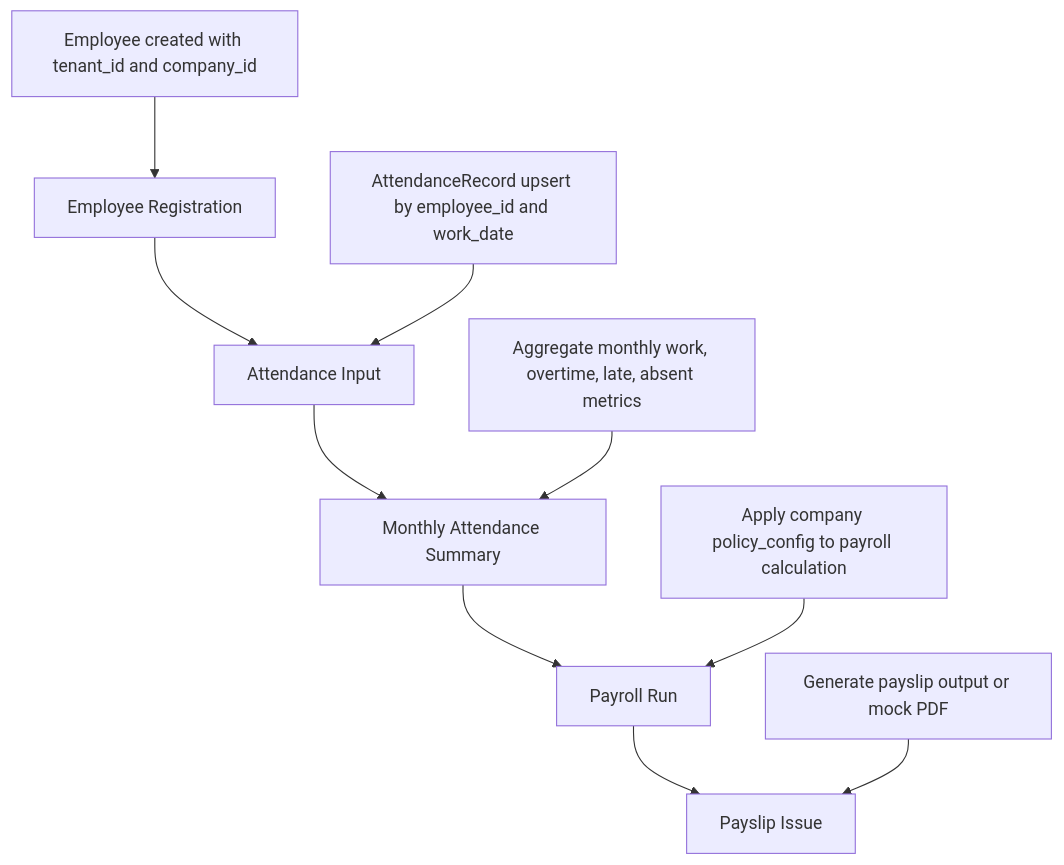
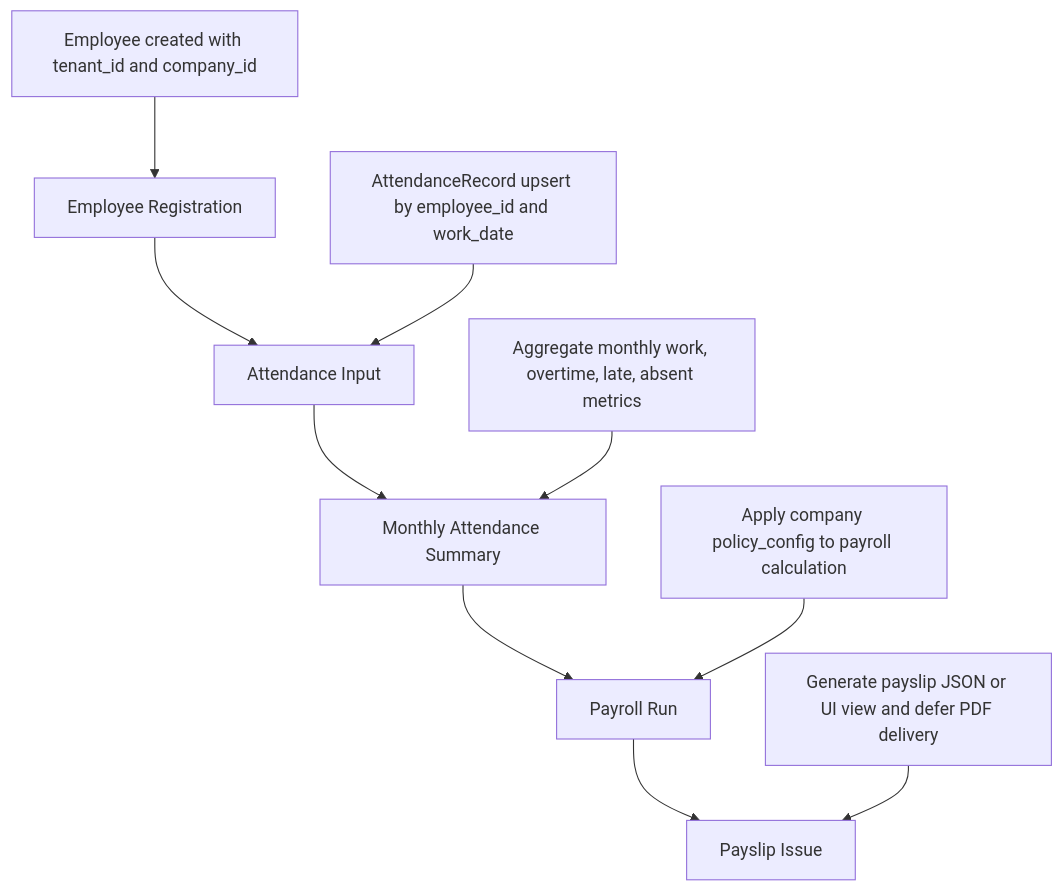
Before and after one commit to taennykim/hcm-project-template: the diagram in docs/domain/workflow-model.md, drawn with Mermaid. The commit also changed other lines of this file and 4 other files, not shown here.

````diff
--- a/docs/domain/workflow-model.md
+++ b/docs/domain/workflow-model.md
@@ -29,13 +29,13 @@
 ```mermaid
 flowchart TD
     A[Employee Registration] --> B[Attendance Input]
     B --> C[Monthly Attendance Summary]
     C --> D[Payroll Run]
     D --> E[Payslip Issue]
 
     A1[Employee created with tenant_id and company_id] --> A
     B1[AttendanceRecord upsert by employee_id and work_date] --> B
     C1[Aggregate monthly work, overtime, late, absent metrics] --> C
     D1[Apply company policy_config to payroll calculation] --> D
-    E1[Generate payslip output or mock PDF] --> E
+    E1[Generate payslip JSON or UI view and defer PDF delivery] --> E
 ```
````
